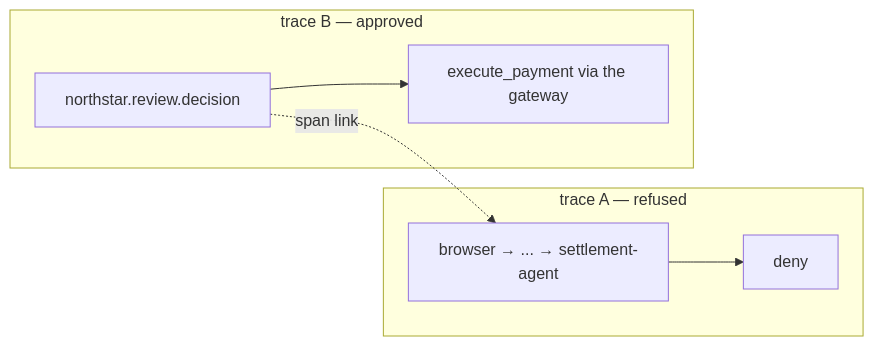
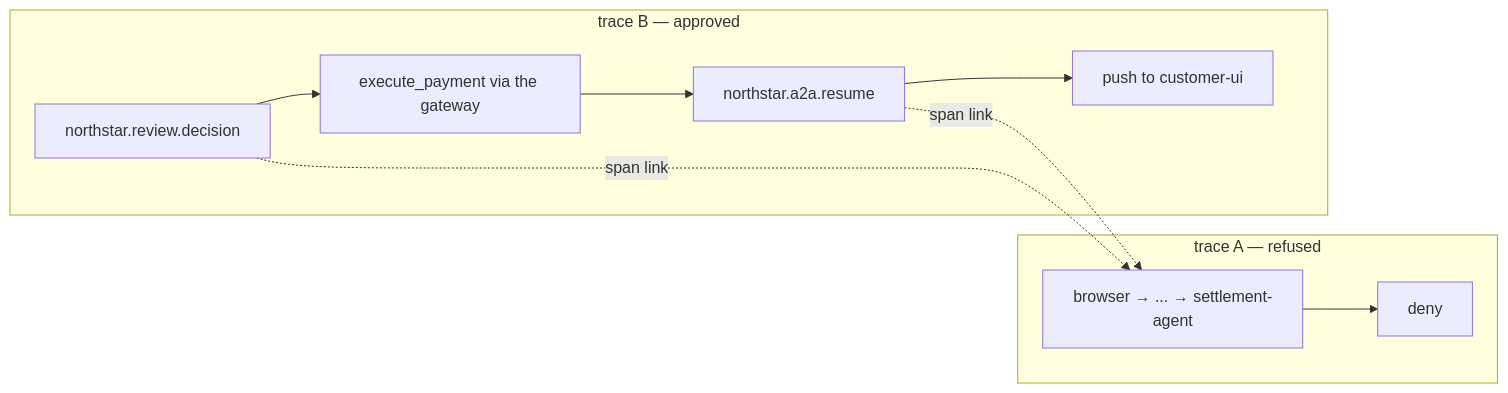
The second of 2 diagrams in README.md (kaspernissen/aip-demo), drawn with Mermaid before and after one commit. The commit also changed other lines of this file and 12 other files, not shown here.

Commit message:
docs(m10): trace A ends at the hand-off, trace B carries the resume and the push; deck slide, counts, status lines, gate banner

```diff
--- a/README.md
+++ b/README.md
@@ -98,10 +101,11 @@
 <pre class="mermaid">
 flowchart LR
     subgraph A["trace A — refused"]
         a1["browser → ... → settlement-agent"] --> a2["deny"]
     end
     subgraph B["trace B — approved"]
-        b1["northstar.review.decision"] --> b2["execute_payment via the gateway"]
+        b1["northstar.review.decision"] --> b2["execute_payment via the gateway"] --> b3["northstar.a2a.resume"] --> b4["push to customer-ui"]
     end
     b1 -.->|"span link"| a1
+    b3 -.->|"span link"| a1
 </pre>
```
